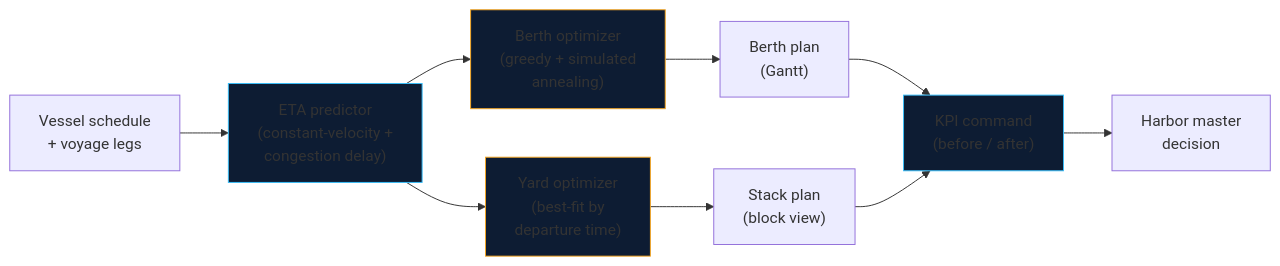
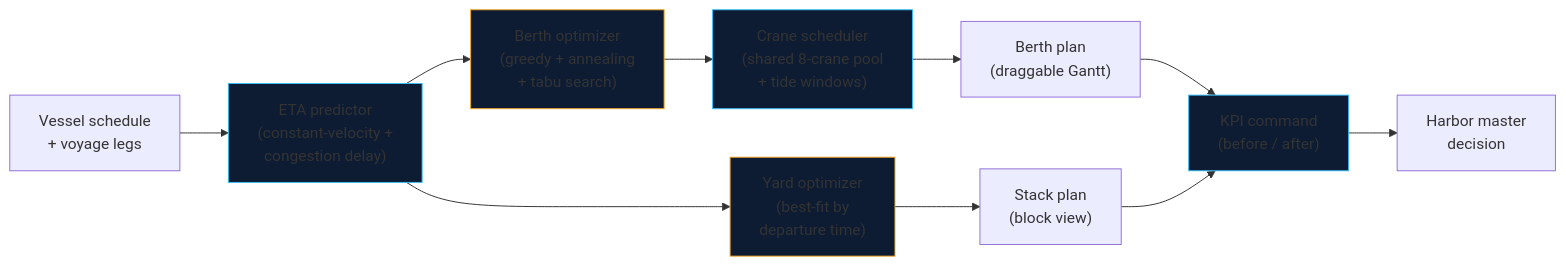
One commit to eliem08/berthwise changed the diagram in README.md. Above: the diagram before and after it, drawn with Mermaid. The commit also changed other lines of this file and 1 other file, not shown here.

Commit message:
berthwise v2: 3-algorithm race, crane pool, tides, draggable Gantt, CSV export

````diff
--- a/README.md
+++ b/README.md
@@ -43,15 +49,17 @@
 ```mermaid
 flowchart LR
     A["Vessel schedule\n+ voyage legs"] --> B["ETA predictor\n(constant-velocity +\ncongestion delay)"]
-    B --> C["Berth optimizer\n(greedy + simulated\nannealing)"]
-    C --> D["Berth plan\n(Gantt)"]
-    B --> E["Yard optimizer\n(best-fit by\ndeparture time)"]
-    E --> F["Stack plan\n(block view)"]
-    D --> G["KPI command\n(before / after)"]
-    F --> G
-    G --> H["Harbor master\ndecision"]
+    B --> C["Berth optimizer\n(greedy + annealing\n+ tabu search)"]
+    C --> D["Crane scheduler\n(shared 8-crane pool\n+ tide windows)"]
+    D --> E["Berth plan\n(draggable Gantt)"]
+    B --> F["Yard optimizer\n(best-fit by\ndeparture time)"]
+    F --> G["Stack plan\n(block view)"]
+    E --> H["KPI command\n(before / after)"]
+    G --> H
+    H --> I["Harbor master\ndecision"]
     style B fill:#0d1c33,stroke:#38bdf8
     style C fill:#0d1c33,stroke:#f5a623
-    style E fill:#0d1c33,stroke:#f5a623
-    style G fill:#0d1c33,stroke:#38bdf8
+    style D fill:#0d1c33,stroke:#38bdf8
+    style F fill:#0d1c33,stroke:#f5a623
+    style H fill:#0d1c33,stroke:#38bdf8
 ```
````
